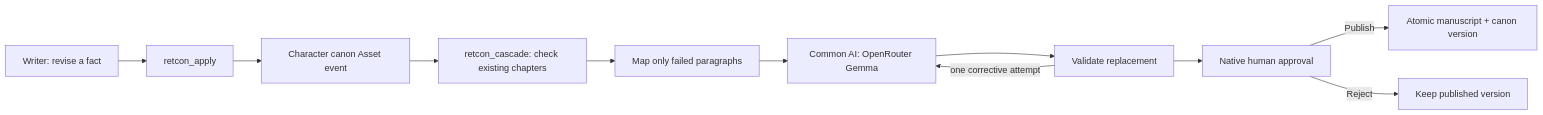
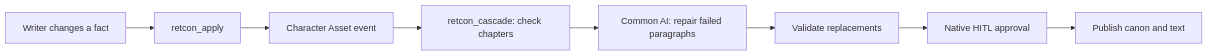
The diagram in README.md (abhinavm24/RETCON), drawn with Mermaid before and after one commit. The commit also changed other lines of this file and 5 other files, not shown here.

````diff
--- a/README.md
+++ b/README.md
@@ -75,13 +42,10 @@
 ```mermaid
 flowchart LR
-    W[Writer: revise a fact] --> A[retcon_apply]
-    A --> E[Character canon Asset event]
-    E --> C[retcon_cascade: check existing chapters]
-    C --> M[Map only failed paragraphs]
-    M --> L[Common AI: OpenRouter Gemma]
-    L --> V[Validate replacement]
-    V -->|one corrective attempt| L
-    V --> H[Native human approval]
-    H -->|Publish| P[Atomic manuscript + canon version]
-    H -->|Reject| U[Keep published version]
+    W[Writer changes a fact] --> A[retcon_apply]
+    A --> E[Character Asset event]
+    E --> C[retcon_cascade: check chapters]
+    C --> L[Common AI: repair failed paragraphs]
+    L --> V[Validate replacements]
+    V --> H[Native HITL approval]
+    H --> P[Publish canon and text]
 ```
````
